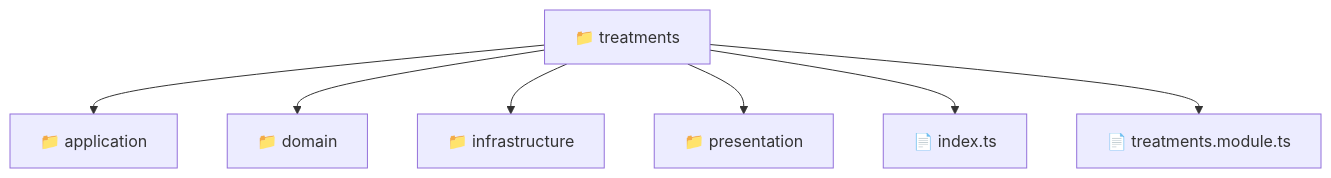
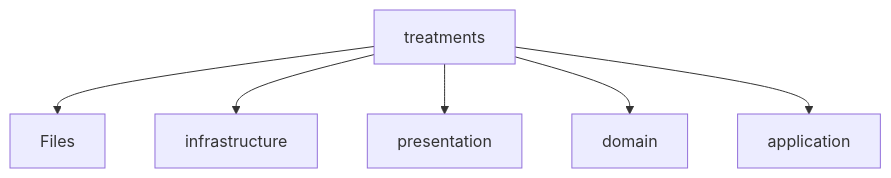
One commit to beginwebdev2002/fullstack-mavluda changed the diagram in backend/src/modules/treatments/README.md. Above: the diagram before and after it, drawn with Mermaid. The commit also changed other lines of this file and 163 other files, not shown here.

First line of the commit message:
feat: autogenerate localized directory readmes for architectural transparency

````diff
--- a/backend/src/modules/treatments/README.md
+++ b/backend/src/modules/treatments/README.md
@@ -9,10 +10,8 @@
 ```mermaid
 graph TD
-  Root["📁 treatments"]
-  Root --> application["📁 application"]
-  Root --> domain["📁 domain"]
-  Root --> infrastructure["📁 infrastructure"]
-  Root --> presentation["📁 presentation"]
-  Root --> index_ts["📄 index.ts"]
-  Root --> treatments_module_ts["📄 treatments.module.ts"]
+    treatments[treatments] --> Files
+    treatments --> infrastructure[infrastructure]
+    treatments --> presentation[presentation]
+    treatments --> domain[domain]
+    treatments --> application[application]
 ```
````
